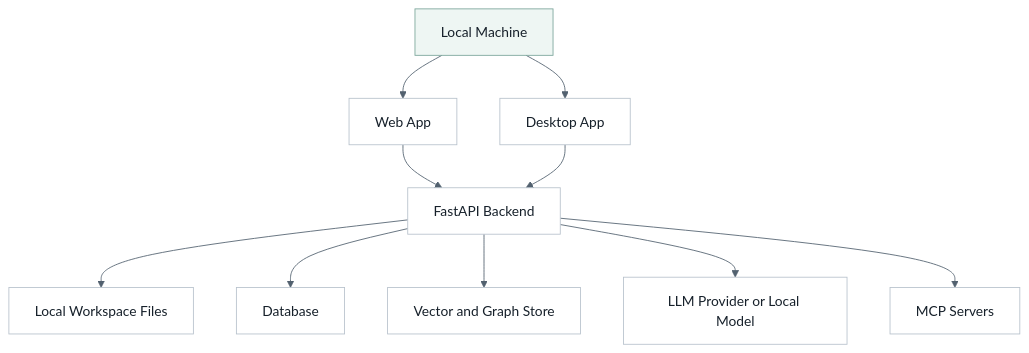
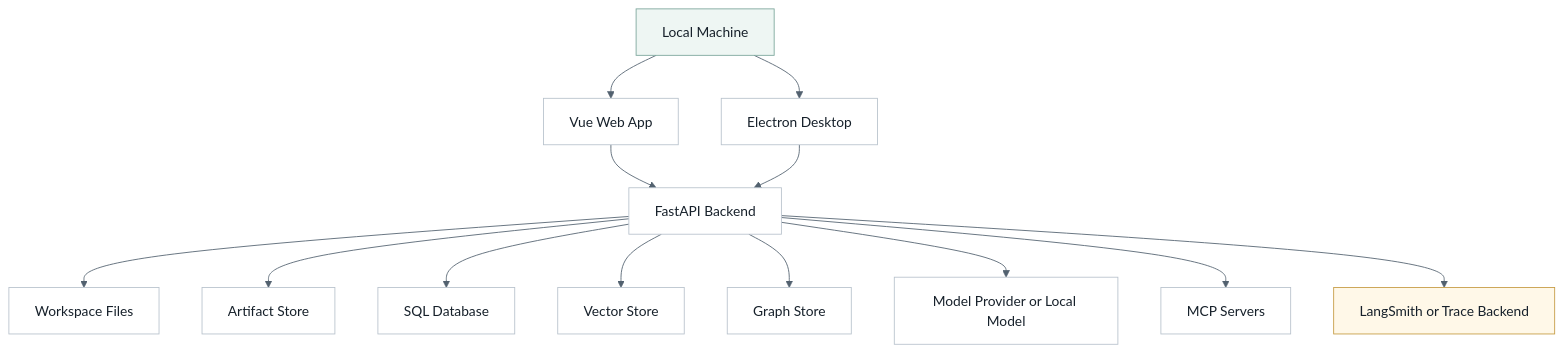
Before and after one commit to ProfessorZhi/Zuno: the fourth of 10 diagrams in docs/architecture.md, drawn with Mermaid. The commit also changed other lines of this file and 27 other files, not shown here.

Commit message:
docs: detail zuno architecture program

````diff
--- a/docs/architecture.md
+++ b/docs/architecture.md
@@ -140,26 +191,33 @@
 ```mermaid
 %%{init: {"theme": "base", "themeVariables": {"background": "#f7f8fb", "lineColor": "#52616f"}}}%%
 flowchart TB
   classDef node fill:#ffffff,stroke:#b8c2cc,stroke-width:1px,color:#16202a;
   classDef accent fill:#eef6f3,stroke:#7aa59a,stroke-width:1px,color:#16202a;
+  classDef guard fill:#fff8e8,stroke:#c59b43,stroke-width:1px,color:#16202a;
 
-  DEV["Local Machine"]:::accent
-  WEB["Web App"]
-  DESK["Desktop App"]
+  LOCAL["Local Machine"]:::accent
+  WEB["Vue Web App"]
+  DESKTOP["Electron Desktop"]
   API["FastAPI Backend"]
-  FS["Local Workspace Files"]
-  DB["Database"]
-  VEC["Vector and Graph Store"]
-  LLM["LLM Provider or Local Model"]
+  WORKSPACE["Workspace Files"]
+  ARTIFACT["Artifact Store"]
+  SQL["SQL Database"]
+  VECTOR["Vector Store"]
+  GRAPH["Graph Store"]
+  MODEL["Model Provider or Local Model"]
   MCP["MCP Servers"]
-  DEV --> WEB
-  DEV --> DESK
+  LANGSMITH["LangSmith or Trace Backend"]:::guard
+  LOCAL --> WEB
+  LOCAL --> DESKTOP
   WEB --> API
-  DESK --> API
-  API --> FS
-  API --> DB
-  API --> VEC
-  API --> LLM
+  DESKTOP --> API
+  API --> WORKSPACE
+  API --> ARTIFACT
+  API --> SQL
+  API --> VECTOR
+  API --> GRAPH
+  API --> MODEL
   API --> MCP
-  class WEB,DESK,API,FS,DB,VEC,LLM,MCP node;
+  API --> LANGSMITH
+  class WEB,DESKTOP,API,WORKSPACE,ARTIFACT,SQL,VECTOR,GRAPH,MODEL,MCP node;
 ```
````
